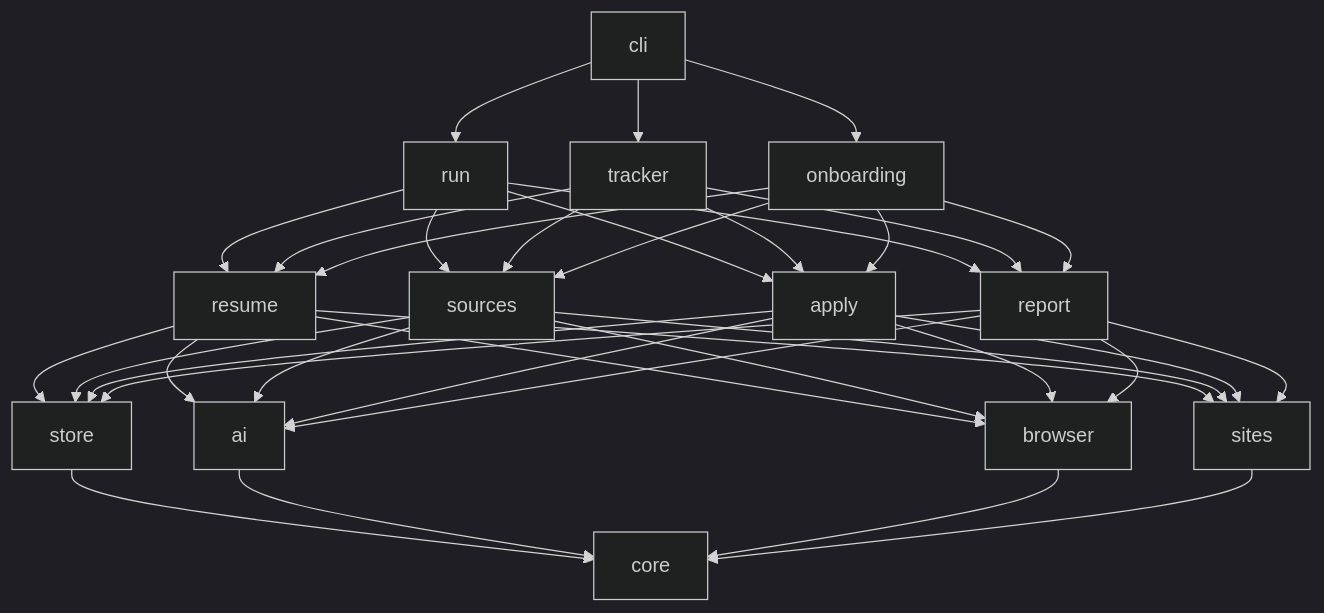
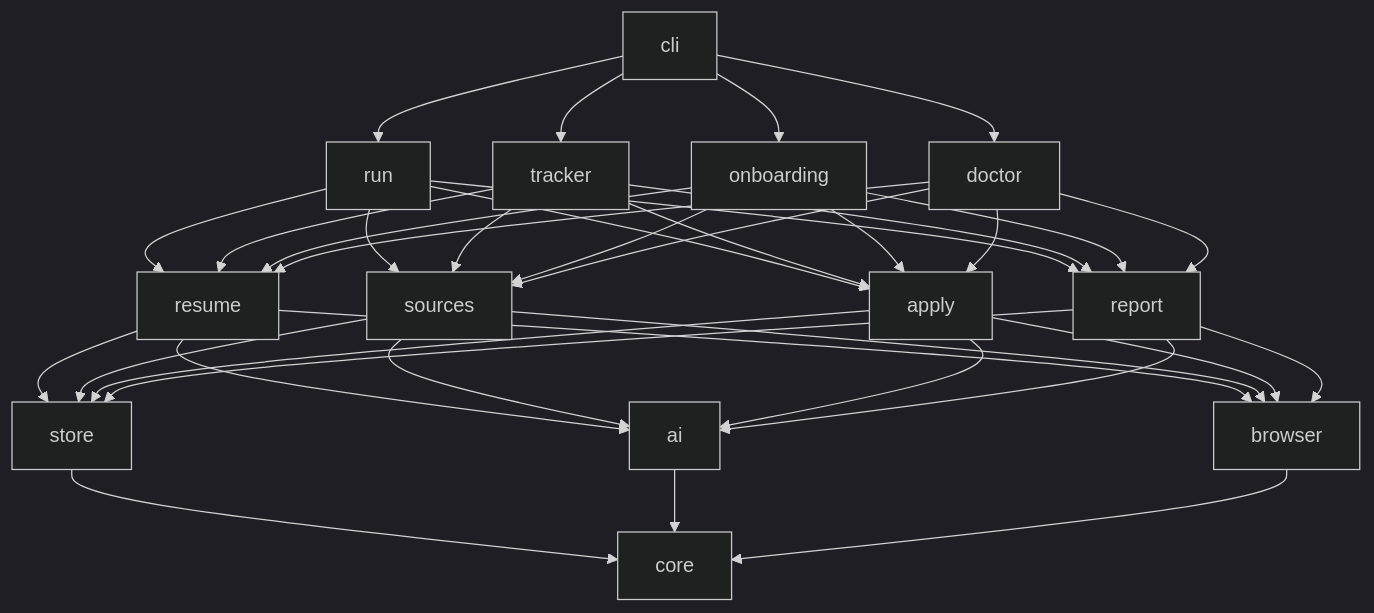
The first of 7 diagrams in docs/architecture.md (Avijit07x/truapply), drawn with Mermaid (dark theme) before and after one commit. The commit also changed other lines of this file and 17 other files, not shown here.

````diff
--- a/docs/architecture.md
+++ b/docs/architecture.md
@@ -133,7 +145,7 @@
 ```mermaid
 flowchart TD
-  cli --> run & tracker & onboarding
-  run & tracker & onboarding --> resume & sources & apply & report
-  resume & sources & apply & report --> store & ai & browser & sites
-  store & ai & browser & sites --> core
+  cli --> run & tracker & onboarding & doctor
+  run & tracker & onboarding & doctor --> resume & sources & apply & report
+  resume & sources & apply & report --> store & ai & browser
+  store & ai & browser --> core
 ```
````
